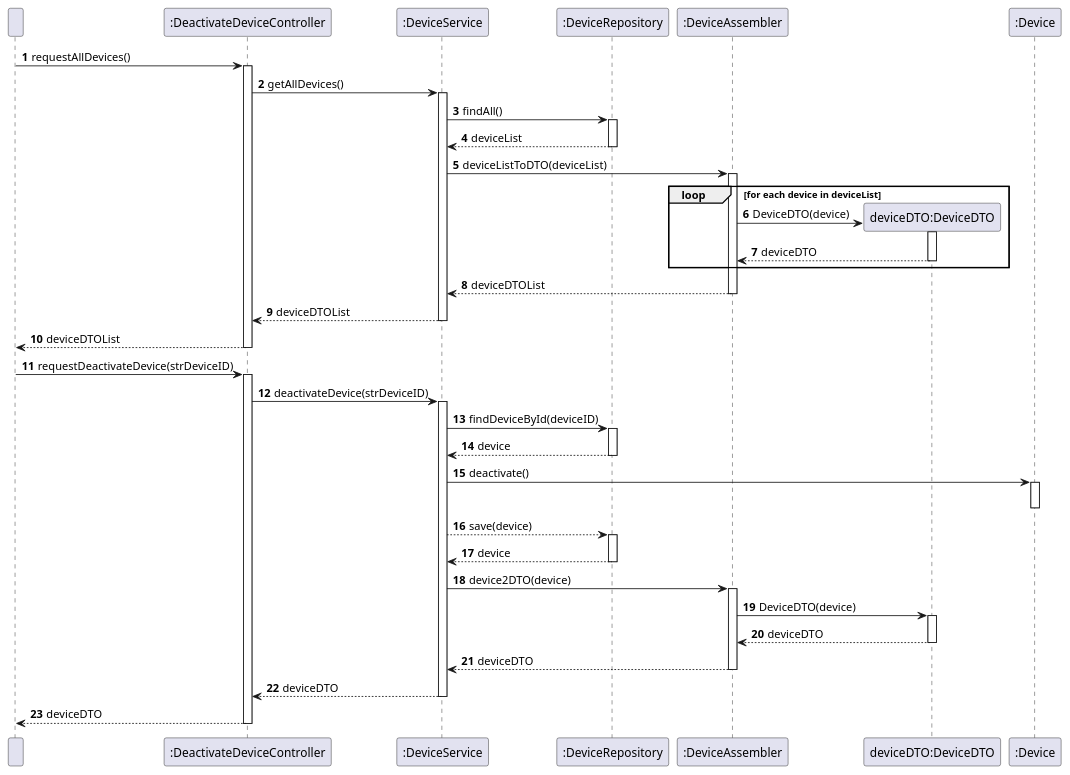
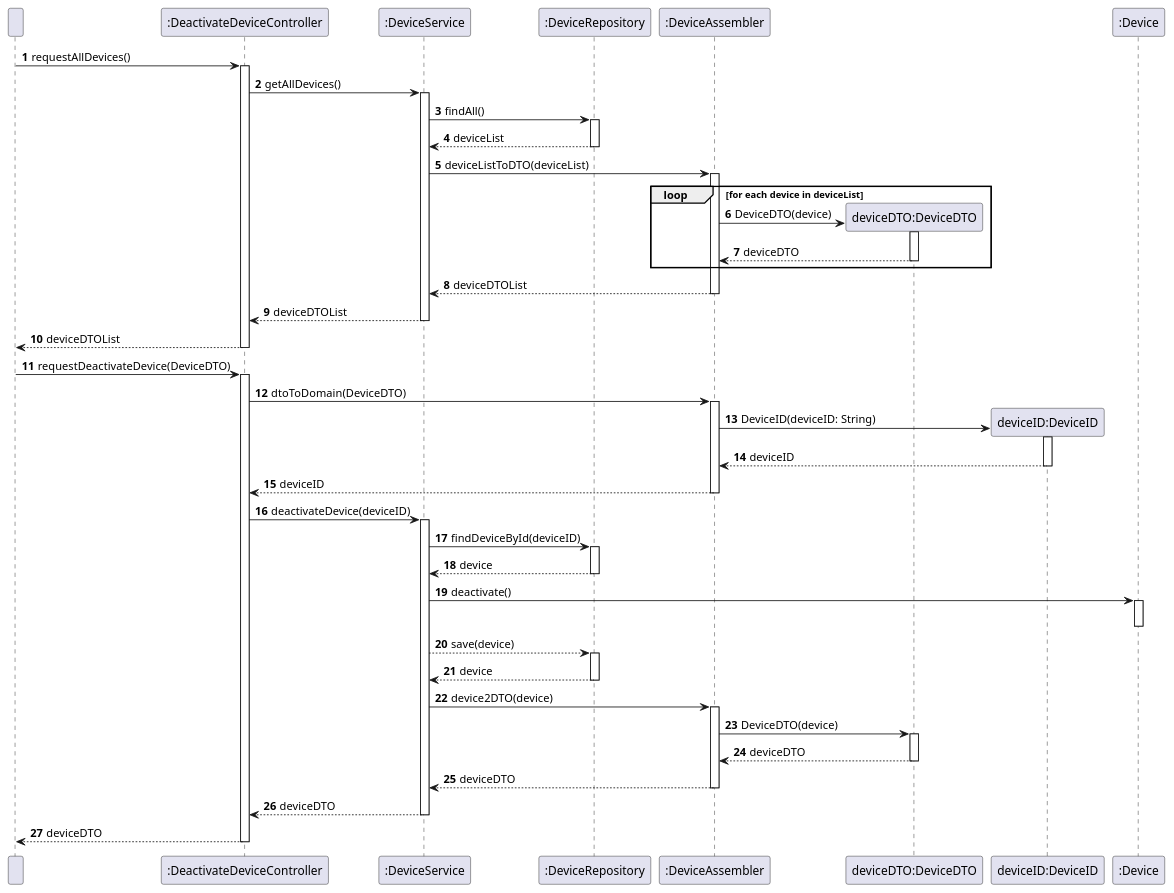
One commit to olivDiogo/SmartHome changed the diagram in docs/userStories/us08/artifacts/US08SD.puml. Above: the diagram before and after it, drawn with PlantUML. The commit also changed 1 other file, not shown here.

```diff
--- a/docs/userStories/us08/artifacts/US08SD.puml
+++ b/docs/userStories/us08/artifacts/US08SD.puml
@@ -1,81 +1,93 @@
 @startuml
 'https://plantuml.com/sequence-diagram
 
 autonumber
 
     participant " " as User
     participant ":DeactivateDeviceController" as Controller
     participant ":DeviceService" as Service
     participant ":DeviceRepository" as Repository
     participant ":DeviceAssembler" as Assembler
     participant "deviceDTO:DeviceDTO" as DTO
+    participant "deviceID:DeviceID" as DeviceID
     participant ":Device" as Device
 
 ' Request all devices
 
     User -> Controller: requestAllDevices()
     activate Controller
     Controller -> Service: getAllDevices()
     activate Service
     Service -> Repository: findAll()
     activate Repository
     Repository --> Service: deviceList
     deactivate Repository
 
     Service -> Assembler: deviceListToDTO(deviceList)
     activate Assembler
     loop for each device in deviceList
         create DTO
         Assembler -> DTO: DeviceDTO(device)
         activate DTO
         DTO --> Assembler: deviceDTO
         deactivate DTO
     end
     Assembler --> Service: deviceDTOList
     deactivate Assembler
 
     Service --> Controller: deviceDTOList
     deactivate Service
     Controller --> User: deviceDTOList
     deactivate Controller
 
 ' Deactivate device
 
-    User -> Controller: requestDeactivateDevice(strDeviceID)
+    User -> Controller: requestDeactivateDevice(DeviceDTO)
     activate Controller
-    Controller -> Service: deactivateDevice(strDeviceID)
+    Controller -> Assembler: dtoToDomain(DeviceDTO)
+    activate Assembler
+    create DeviceID
+    Assembler -> DeviceID: DeviceID(deviceID: String)
+    activate DeviceID
+    DeviceID --> Assembler: deviceID
+    deactivate DeviceID
+    Assembler --> Controller: deviceID
+    deactivate Assembler
+
+
+    Controller -> Service: deactivateDevice(deviceID)
     activate Service
     Service -> Repository: findDeviceById(deviceID)
     activate Repository
     Repository --> Service: device
     deactivate Repository
 
    Service -> Device: deactivate()
    activate Device
    ' The deactivate() method internally updates the Device's status to inactive.
    ' This is an internal detail, so the creation/modification of the status value object is not explicitly represented.
    deactivate Device
 
    Service --> Repository: save(device)
    ' Updated to save the whole device, reflecting the change in status.
    activate Repository
    Repository --> Service: device
    ' The Repository confirms the save operation, potentially returning a status or acknowledgment.
    deactivate Repository
 
 
     Service -> Assembler: device2DTO(device)
     activate Assembler
     Assembler -> DTO: DeviceDTO(device)
     activate DTO
     DTO --> Assembler: deviceDTO
     deactivate DTO
     Assembler --> Service: deviceDTO
     deactivate Assembler
 
     Service --> Controller: deviceDTO
     deactivate Service
     Controller --> User: deviceDTO
     deactivate Controller
 
 @enduml
```
